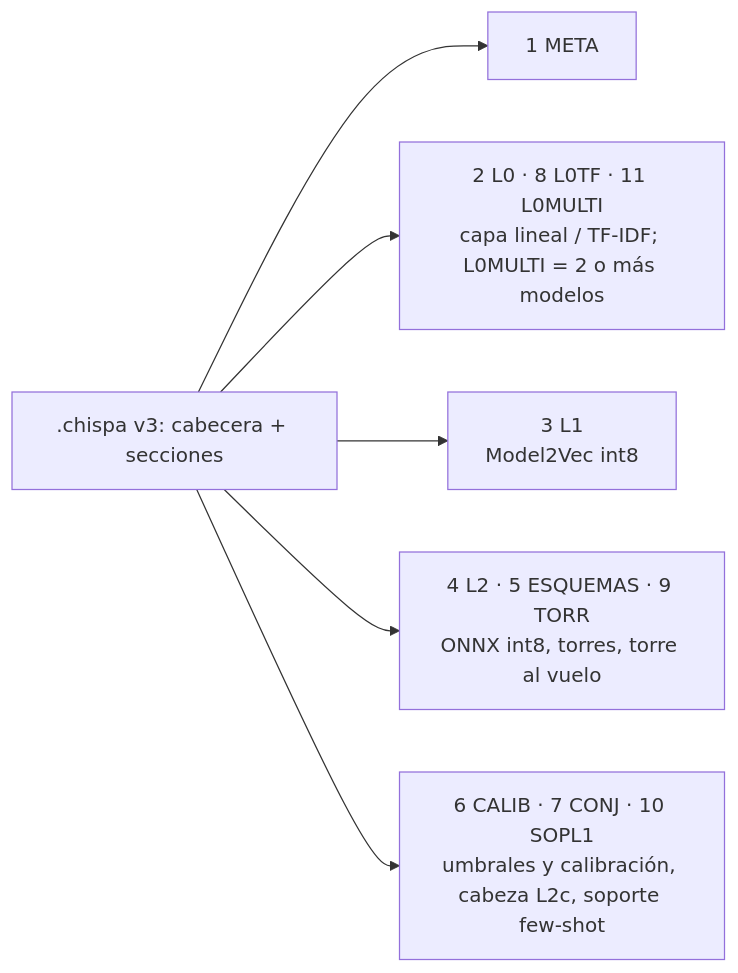
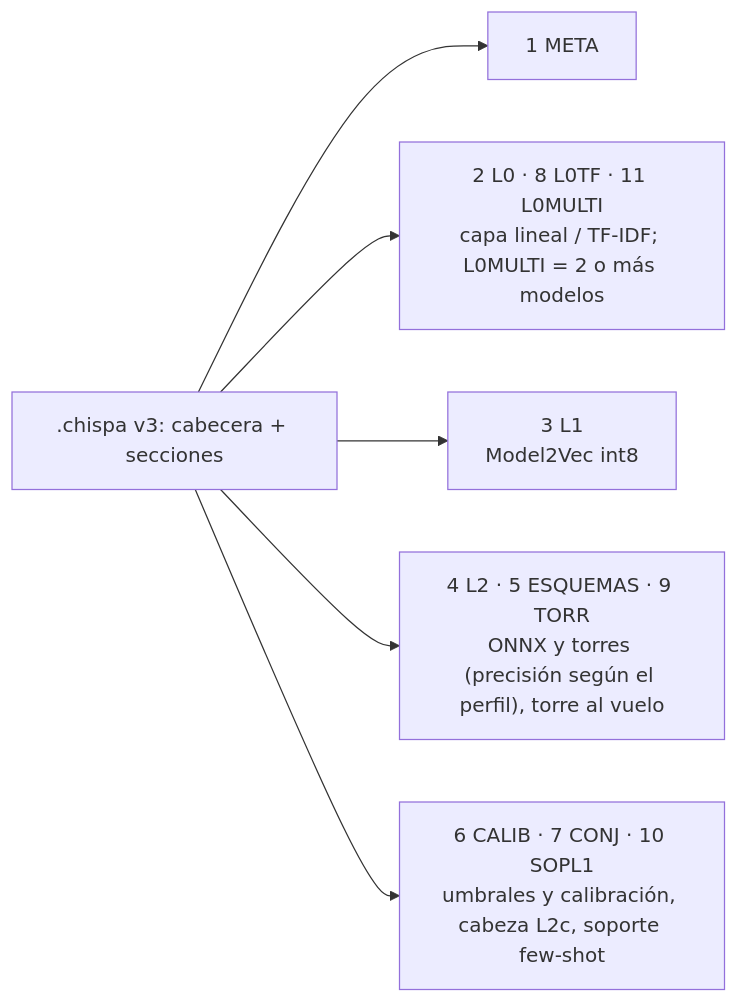
One commit to juan52878911/reto-opus-5.5-chispa changed the second of 4 diagrams in README.md. Above: the diagram before and after it, drawn with Mermaid. The commit also changed other lines of this file, not shown here.

Commit message:
README: umbrales por capa coherentes en el diagrama y precisión de L2 según el perfil (fp32 servidor, fp16/int8 móvil)

````diff
--- a/README.md
+++ b/README.md
@@ -157,8 +157,8 @@
 ```mermaid
 flowchart LR
     F[".chispa v3: cabecera + secciones"] --> M["1 META"]
     F --> A["2 L0 · 8 L0TF · 11 L0MULTI<br/>capa lineal / TF-IDF; L0MULTI = 2 o más modelos"]
     F --> B["3 L1<br/>Model2Vec int8"]
-    F --> D["4 L2 · 5 ESQUEMAS · 9 TORR<br/>ONNX int8, torres, torre al vuelo"]
+    F --> D["4 L2 · 5 ESQUEMAS · 9 TORR<br/>ONNX y torres (precisión según el perfil), torre al vuelo"]
     F --> G["6 CALIB · 7 CONJ · 10 SOPL1<br/>umbrales y calibración, cabeza L2c, soporte few-shot"]
 ```
````
